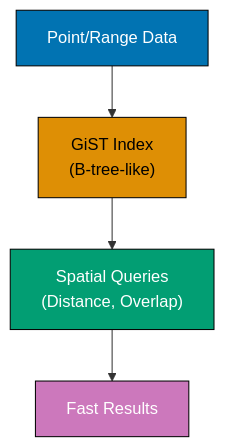
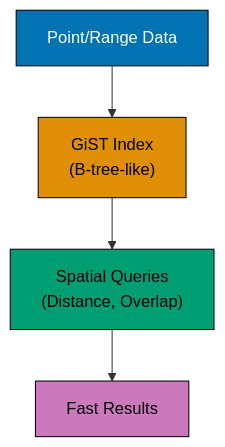
One commit to wahidyankf/ose-public changed the second of 10 diagrams in apps/ayokoding-www/content/en/learn/legacy/software-engineering/data/databases/postgresql/by-example/advanced.md. Above: the diagram before and after it, drawn with Mermaid. The commit also changed other lines of this file and 131 other files, not shown here.

First line of the commit message:
fix(mermaid): bring the legacy data, infrastructure, and testing diagrams onto the accessible palette

````diff
--- a/apps/ayokoding-www/content/en/learn/legacy/software-engineering/data/databases/postgresql/by-example/advanced.md
+++ b/apps/ayokoding-www/content/en/learn/legacy/software-engineering/data/databases/postgresql/by-example/advanced.md
@@ -192,17 +200,24 @@
 ```mermaid
 %% Color Palette: Blue #0173B2, Orange #DE8F05, Teal #029E73, Purple #CC78BC, Brown #CA9161
 graph TD
+    accTitle: Example 62: GiST Indexes for Geometric and Range Data
+    accDescr: Graph with 4 nodes and 3 connections. Nodes: Point/Range Data, GiST Index (B-tree-like), Spatial Queries (Distance, Overlap), Fast Results. Connections: Point/Range Data to GiST Index (B-tree-like), GiST Index (B-tree-like) to Spatial Queries (Distance, Overlap), Spatial Queries (Distance, Overlap) to Fast Results.
     A["Point/Range Data"]
     B["GiST Index<br/>(B-tree-like)"]
     C["Spatial Queries<br/>(Distance, Overlap)"]
     D["Fast Results"]
 
     A --> B
     B --> C
     C --> D
 
-    style A fill:#0173B2,stroke:#000,color:#fff
-    style B fill:#DE8F05,stroke:#000,color:#000
-    style C fill:#029E73,stroke:#000,color:#fff
-    style D fill:#CC78BC,stroke:#000,color:#fff
+    classDef pal-0173B2 fill:#0173B2,stroke:#000000,color:#FFFFFF
+    class A pal-0173B2
+    classDef pal-DE8F05 fill:#DE8F05,stroke:#000000,color:#000000
+    class B pal-DE8F05
+    classDef pal-029E73 fill:#029E73,stroke:#000000,color:#000000
+    class C pal-029E73
+    classDef pal-CC78BC fill:#CC78BC,stroke:#000000,color:#000000
+    class D pal-CC78BC
+    classDef default fill:#FFFFFF,stroke:#000000,color:#000000
 ```
````
